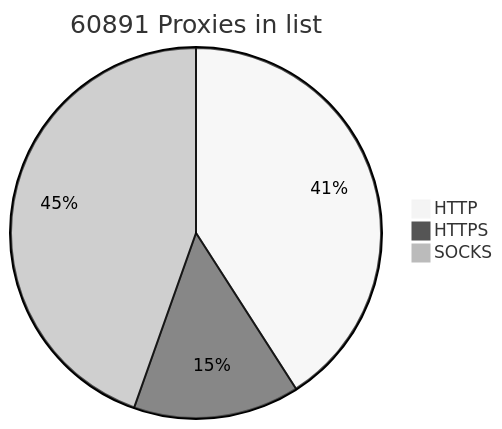
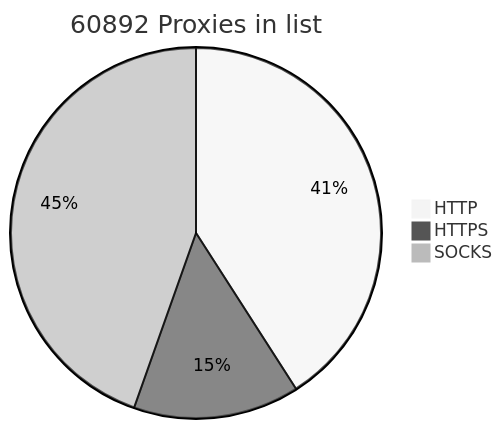
The diagram in README.md (BlackSnowDot/proxylist-update-every-minute), drawn with Mermaid (neutral theme) before and after one commit.

````diff
--- a/README.md
+++ b/README.md
@@ -2,6 +2,6 @@
 ```mermaid
-pie title 60891 Proxies in list
-    "HTTP" : 28225
+pie title 60892 Proxies in list
+    "HTTP" : 28228
     "HTTPS": 10005
     "SOCKS" : 30752
 ```
````
